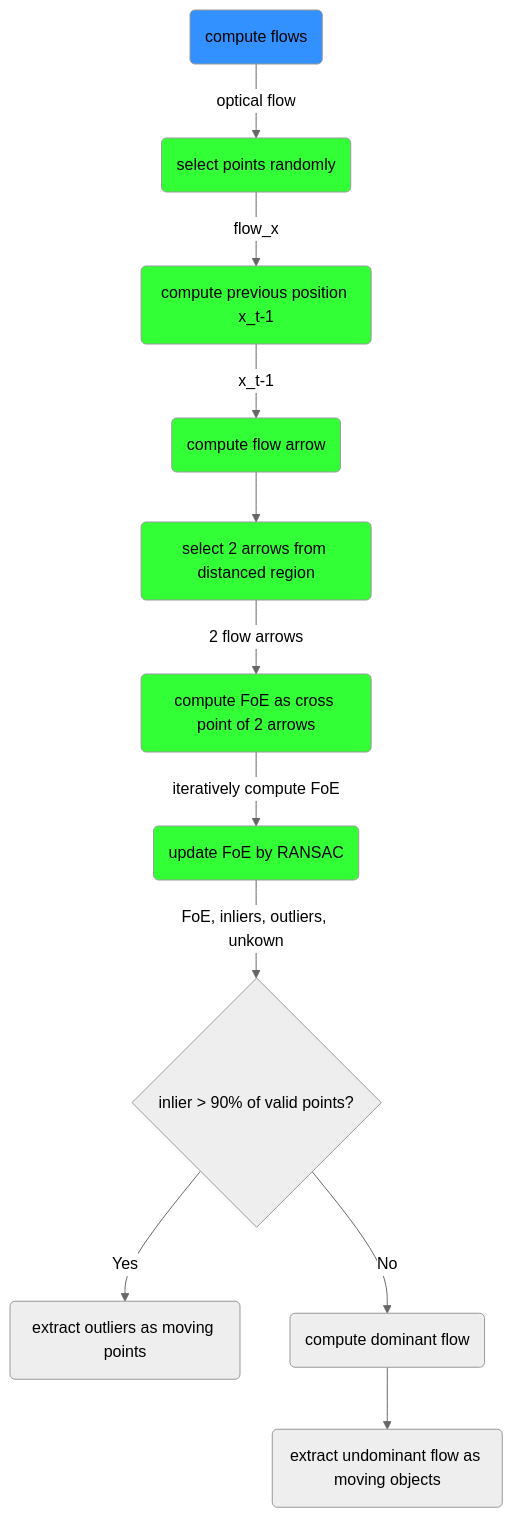
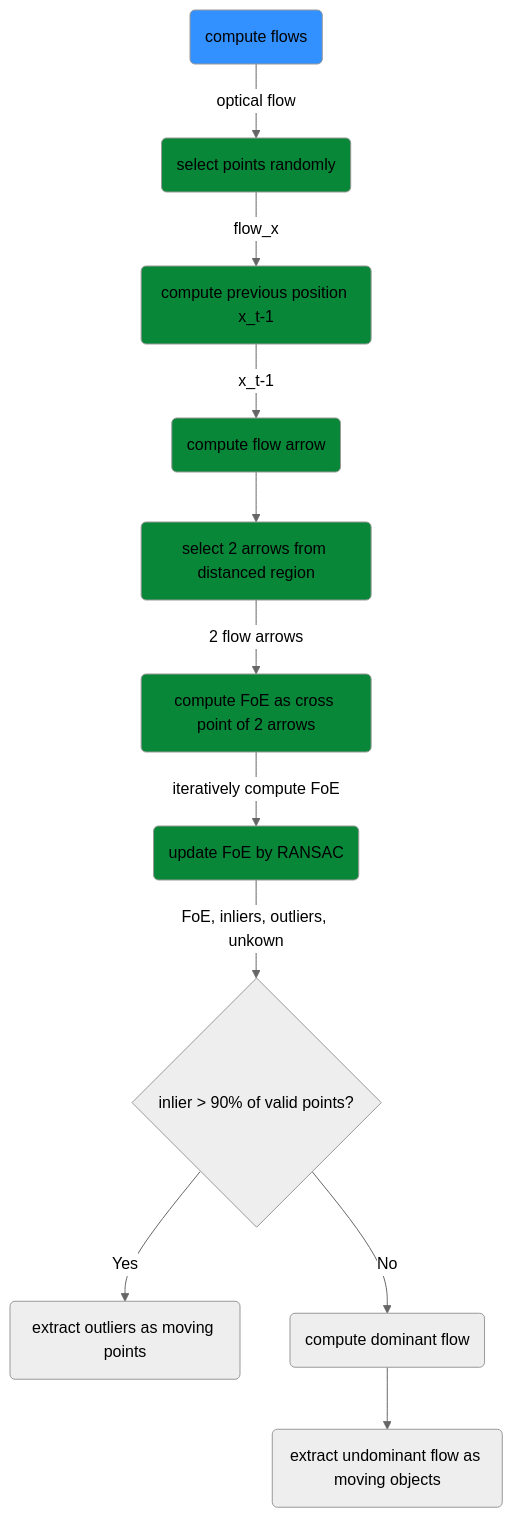
The diagram in doc/flowchart_foebased_movingobjectdetection.md (MasahiroOgawa/reconstruct4D), drawn with Mermaid (neutral theme) before and after one commit. The commit also changed 3 other files, not shown here.

````diff
--- a/doc/flowchart_foebased_movingobjectdetection.md
+++ b/doc/flowchart_foebased_movingobjectdetection.md
@@ -1,16 +1,16 @@
 ```mermaid
 flowchart TD
     A(compute flows) -->|optical flow| B(select points randomly)
     B:::foe --> |flow_x| C(compute previous position x_t-1)
     C:::foe --> |x_t-1| E(compute flow arrow)
     E:::foe --> F(select 2 arrows from distanced region)
     F:::foe --> |2 flow arrows| G(compute FoE as cross point of 2 arrows)
     G:::foe --> |iteratively compute FoE| H(update FoE by RANSAC)
     H:::foe --> |FoE, inliers, outliers, unkown| I{inlier > 90% of valid points?}
     I --> |Yes| J(extract outliers as moving points)
     I --> |No| K(compute dominant flow)
     K --> L(extract undominant flow as moving objects)
 
     style A fill:#3390FF
-    classDef foe fill:#33FF36
+    classDef foe fill:#098739
 ```
````
